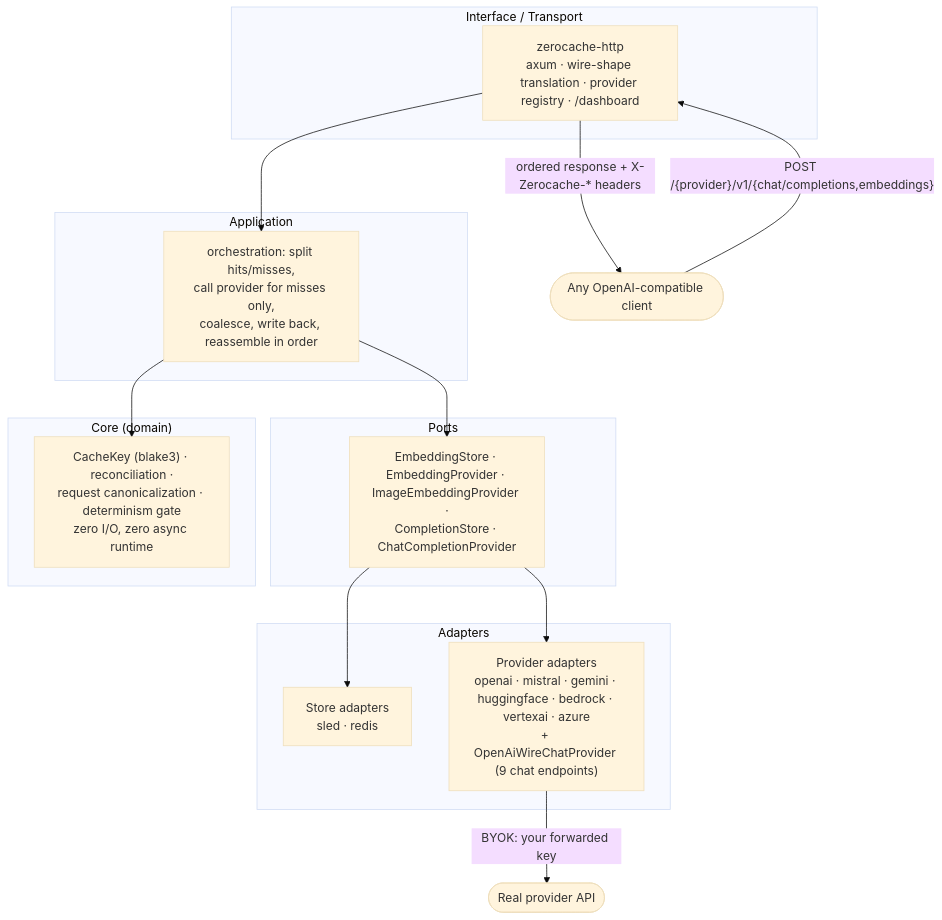
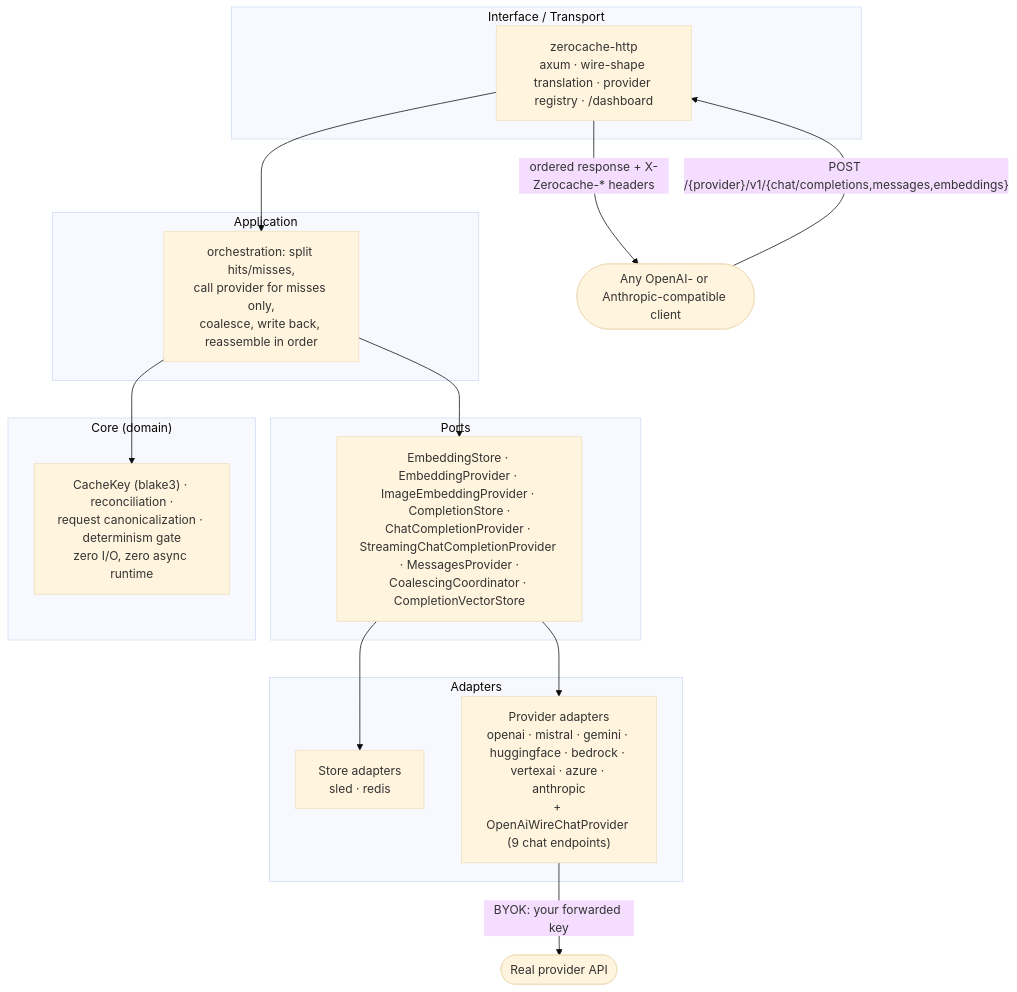
One commit to shramanb113/ZeroCache changed the diagram in README.md. Above: the diagram before and after it, drawn with Mermaid (base theme). The commit also changed other lines of this file, not shown here.

Commit message:
README: currency pass — streaming, Anthropic messages, semantic vars, crate list, CI, roadmap

````diff
--- a/README.md
+++ b/README.md
@@ -182,27 +185,27 @@
 ```mermaid
 flowchart TB
     subgraph layerInterface["Interface / Transport"]
         nodeHttp["zerocache-http<br/>axum · wire-shape translation · provider registry · /dashboard"]
     end
     subgraph layerApplication["Application"]
         nodeApp["orchestration: split hits/misses,<br/>call provider for misses only,<br/>coalesce, write back, reassemble in order"]
     end
     subgraph layerPorts["Ports"]
-        nodePorts["EmbeddingStore · EmbeddingProvider · ImageEmbeddingProvider ·<br/>CompletionStore · ChatCompletionProvider"]
+        nodePorts["EmbeddingStore · EmbeddingProvider · ImageEmbeddingProvider · CompletionStore ·<br/>ChatCompletionProvider · StreamingChatCompletionProvider · MessagesProvider ·<br/>CoalescingCoordinator · CompletionVectorStore"]
     end
     subgraph layerAdapters["Adapters"]
         nodeStore["Store adapters<br/>sled · redis"]
-        nodeProvider["Provider adapters<br/>openai · mistral · gemini · huggingface · bedrock · vertexai · azure<br/>+ OpenAiWireChatProvider (9 chat endpoints)"]
+        nodeProvider["Provider adapters<br/>openai · mistral · gemini · huggingface · bedrock · vertexai · azure · anthropic<br/>+ OpenAiWireChatProvider (9 chat endpoints)"]
     end
     subgraph layerCore["Core (domain)"]
         nodeKey["CacheKey (blake3) · reconciliation ·<br/>request canonicalization · determinism gate<br/>zero I/O, zero async runtime"]
     end
 
-    nodeClient(["Any OpenAI-compatible client"]) -->|"POST /{provider}/v1/{chat/completions,embeddings}"| nodeHttp
+    nodeClient(["Any OpenAI- or Anthropic-compatible client"]) -->|"POST /{provider}/v1/{chat/completions,messages,embeddings}"| nodeHttp
     nodeHttp --> nodeApp --> nodePorts
     nodePorts --> nodeStore
     nodePorts --> nodeProvider
     nodeApp --> nodeKey
     nodeProvider -->|"BYOK: your forwarded key"| nodeUpstream(["Real provider API"])
     nodeHttp -->|"ordered response + X-Zerocache-* headers"| nodeClient
 ```
````
